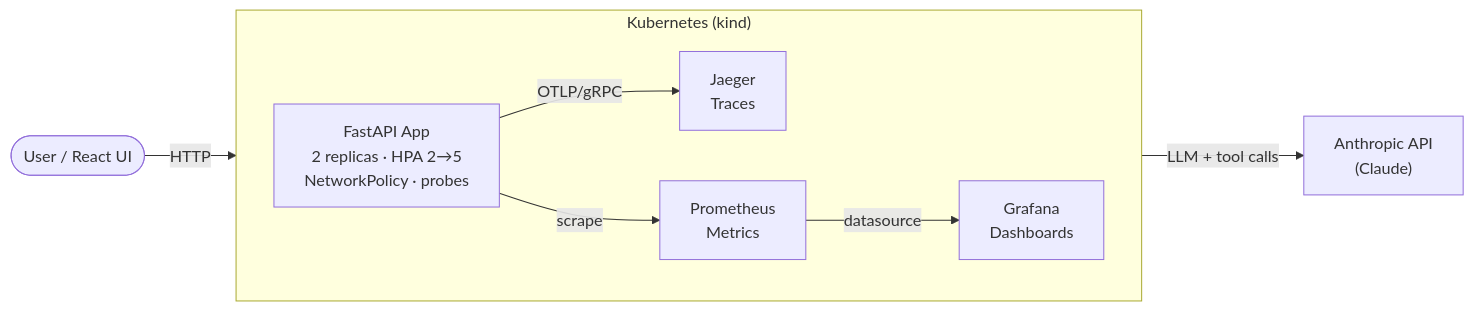
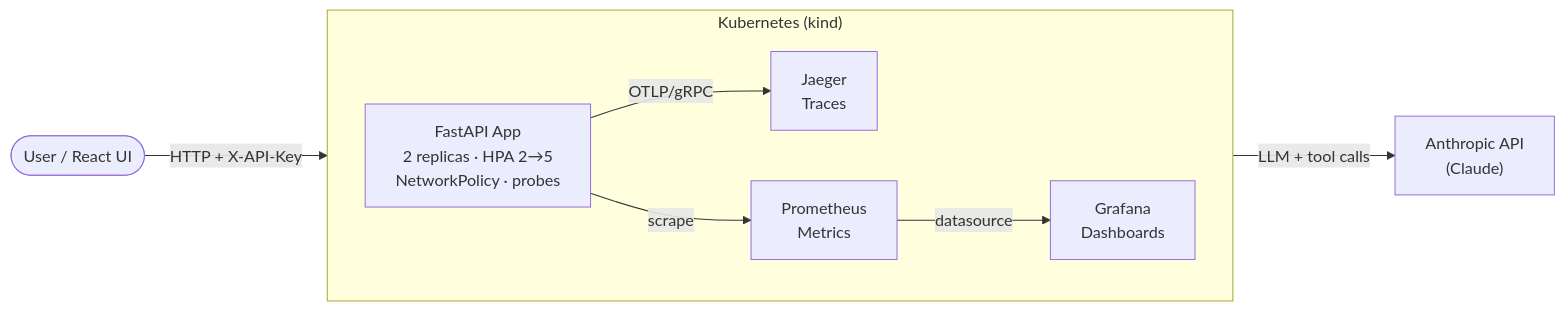
Before and after one commit to nvojvodic-white/agent-platform: the diagram in README.md, drawn with Mermaid. The commit also changed other lines of this file, not shown here.

````diff
--- a/README.md
+++ b/README.md
@@ -43,20 +49,20 @@
 ```mermaid
 flowchart LR
     User(["User / React UI"])
 
     subgraph K8s["Kubernetes (kind)"]
         direction LR
         API["FastAPI App\n2 replicas · HPA 2→5\nNetworkPolicy · probes"]
         Jaeger["Jaeger\nTraces"]
         Prometheus["Prometheus\nMetrics"]
         Grafana["Grafana\nDashboards"]
     end
 
     Anthropic["Anthropic API\n(Claude)"]
 
-    User -->|HTTP| API
+    User -->|HTTP + X-API-Key| API
     API -->|OTLP/gRPC| Jaeger
     API -->|scrape| Prometheus
     Prometheus -->|datasource| Grafana
     API -->|LLM + tool calls| Anthropic
 ```
````
